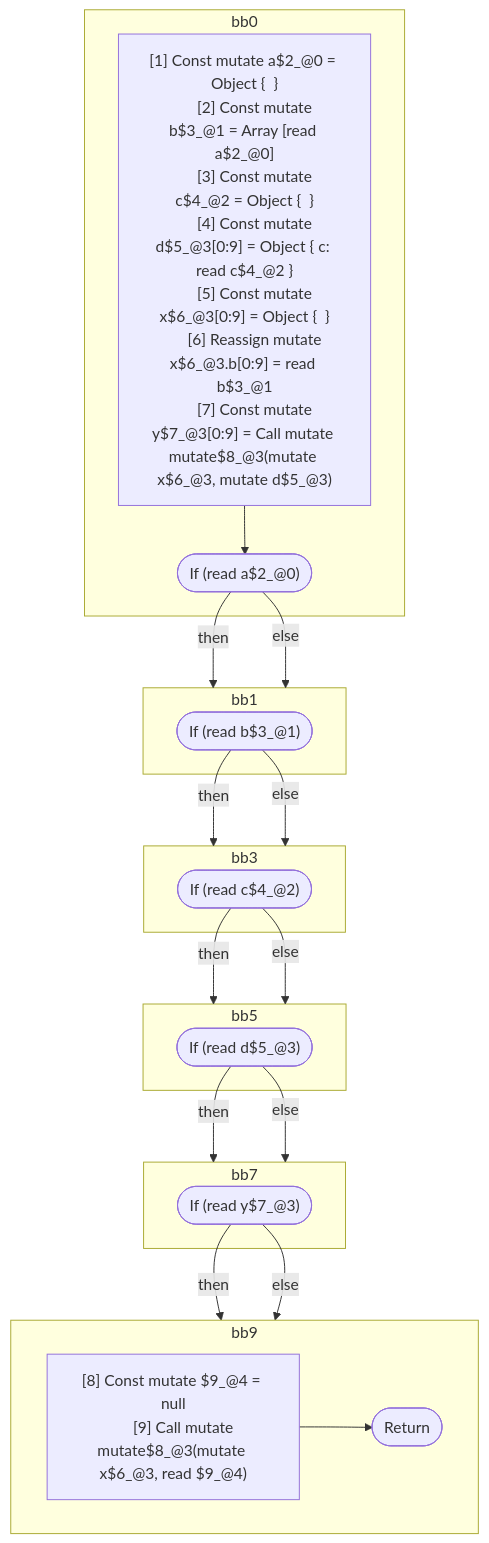
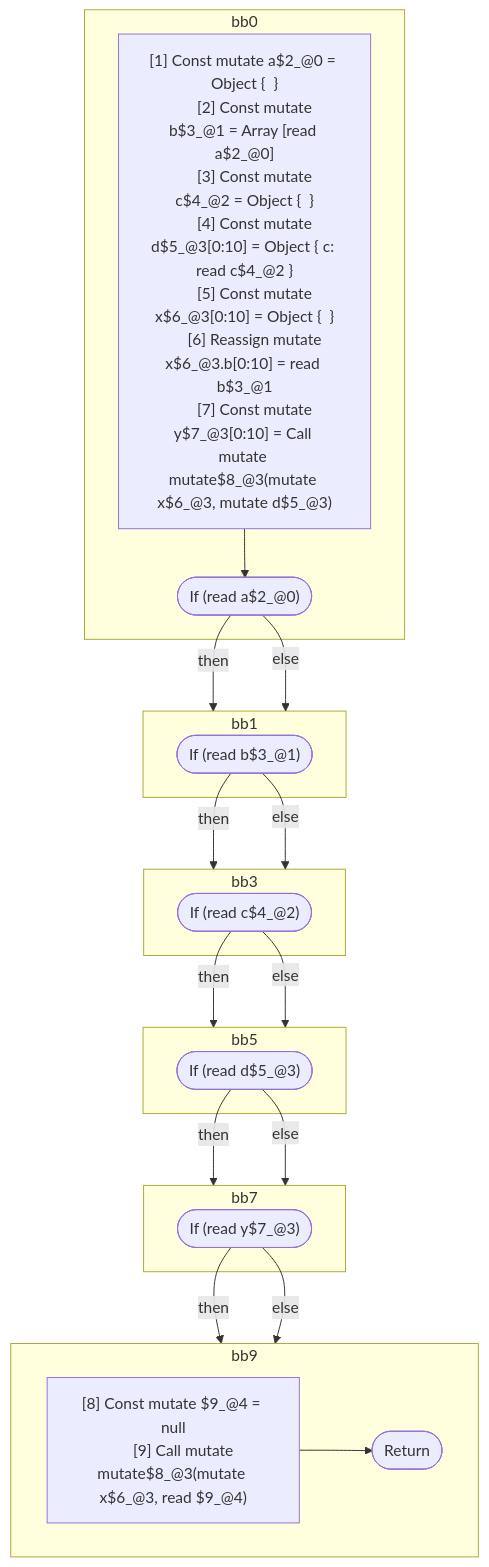
The second of 2 diagrams in compiler/forget/src/__tests__/fixtures/hir/mutable-lifetime-with-aliasing.expect.md (wutsmog/private), drawn with Mermaid before and after one commit. The commit also changed other lines of this file and 45 other files, not shown here.

````diff
--- a/compiler/forget/src/__tests__/fixtures/hir/mutable-lifetime-with-aliasing.expect.md
+++ b/compiler/forget/src/__tests__/fixtures/hir/mutable-lifetime-with-aliasing.expect.md
@@ -99,48 +99,48 @@
 ```mermaid
 flowchart TB
   %% Basic Blocks
   subgraph bb0
     bb0_instrs["
       [1] Const mutate a$2_@0 = Object {  }
       [2] Const mutate b$3_@1 = Array [read a$2_@0]
       [3] Const mutate c$4_@2 = Object {  }
-      [4] Const mutate d$5_@3[0:9] = Object { c: read c$4_@2 }
-      [5] Const mutate x$6_@3[0:9] = Object {  }
-      [6] Reassign mutate x$6_@3.b[0:9] = read b$3_@1
-      [7] Const mutate y$7_@3[0:9] = Call mutate mutate$8_@3(mutate x$6_@3, mutate d$5_@3)
+      [4] Const mutate d$5_@3[0:10] = Object { c: read c$4_@2 }
+      [5] Const mutate x$6_@3[0:10] = Object {  }
+      [6] Reassign mutate x$6_@3.b[0:10] = read b$3_@1
+      [7] Const mutate y$7_@3[0:10] = Call mutate mutate$8_@3(mutate x$6_@3, mutate d$5_@3)
     "]
     bb0_instrs --> bb0_terminal(["If (read a$2_@0)"])
   end
   subgraph bb1
     bb1_terminal(["If (read b$3_@1)"])
   end
   subgraph bb3
     bb3_terminal(["If (read c$4_@2)"])
   end
   subgraph bb5
     bb5_terminal(["If (read d$5_@3)"])
   end
   subgraph bb7
     bb7_terminal(["If (read y$7_@3)"])
   end
   subgraph bb9
     bb9_instrs["
       [8] Const mutate $9_@4 = null
       [9] Call mutate mutate$8_@3(mutate x$6_@3, read $9_@4)
     "]
     bb9_instrs --> bb9_terminal(["Return"])
   end
 
   %% Jumps
   bb0_terminal -- "then" --> bb1
   bb0_terminal -- "else" --> bb1
   bb1_terminal -- "then" --> bb3
   bb1_terminal -- "else" --> bb3
   bb3_terminal -- "then" --> bb5
   bb3_terminal -- "else" --> bb5
   bb5_terminal -- "then" --> bb7
   bb5_terminal -- "else" --> bb7
   bb7_terminal -- "then" --> bb9
   bb7_terminal -- "else" --> bb9
 
 ```
````
